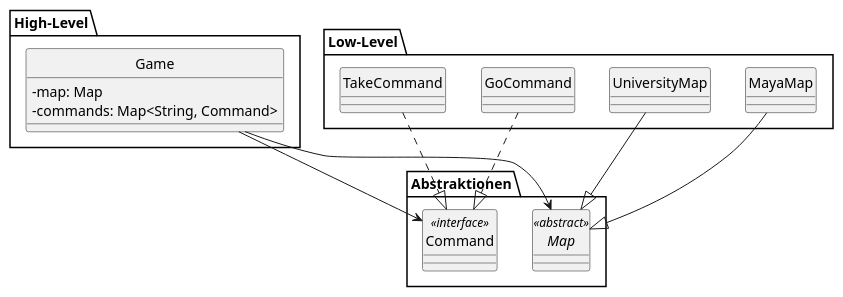
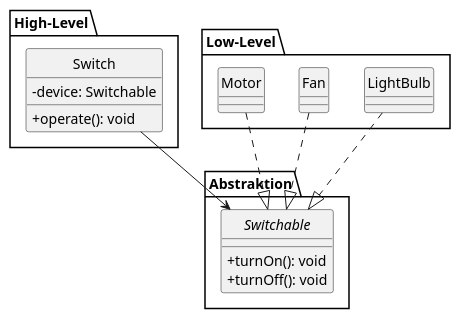
One commit to berndheidemann/dpa_numpy_pandas_site changed the diagram in docs/infoblaetter/solid-prinzipien.md. Above: the diagram before and after it, drawn with PlantUML. The commit also changed other lines of this file, not shown here.

````diff
--- a/docs/infoblaetter/solid-prinzipien.md
+++ b/docs/infoblaetter/solid-prinzipien.md
@@ -208,32 +419,31 @@
 ```kroki-plantuml
 @startuml
 skinparam style strictuml
 skinparam classAttributeIconSize 0
 
 package "High-Level" {
-    class Game {
-        -map: Map
-        -commands: Map<String, Command>
+    class Switch {
+        -device: Switchable
+        +operate(): void
     }
 }
 
-package "Abstraktionen" {
-    abstract class Map <<abstract>>
-    class Command <<interface>>
+package "Abstraktion" {
+    interface Switchable {
+        +turnOn(): void
+        +turnOff(): void
+    }
 }
 
 package "Low-Level" {
-    class MayaMap
-    class UniversityMap
-    class GoCommand
-    class TakeCommand
+    class LightBulb
+    class Fan
+    class Motor
 }
 
-Game --> Map
-Game --> Command
-MayaMap --|> Map
-UniversityMap --|> Map
-GoCommand ..|> Command
-TakeCommand ..|> Command
+Switch --> Switchable
+LightBulb ..|> Switchable
+Fan ..|> Switchable
+Motor ..|> Switchable
 @enduml
 ```
````
